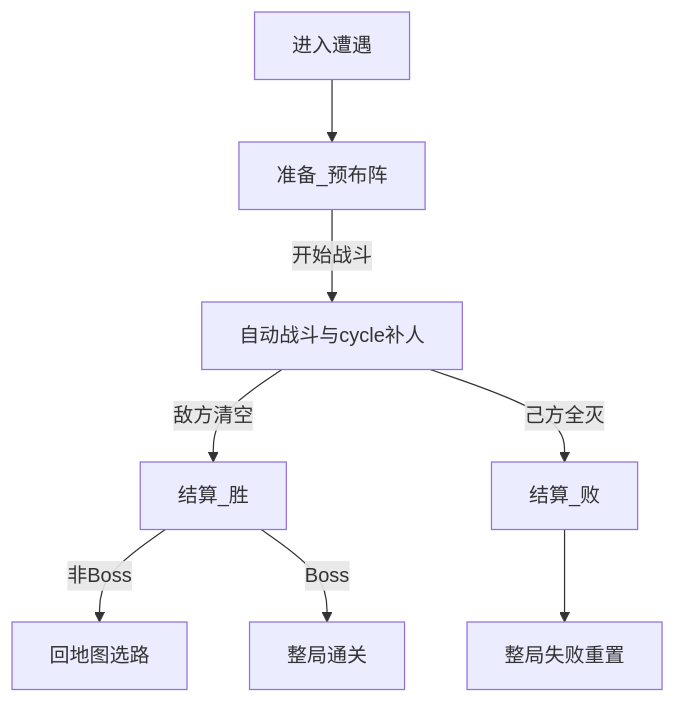
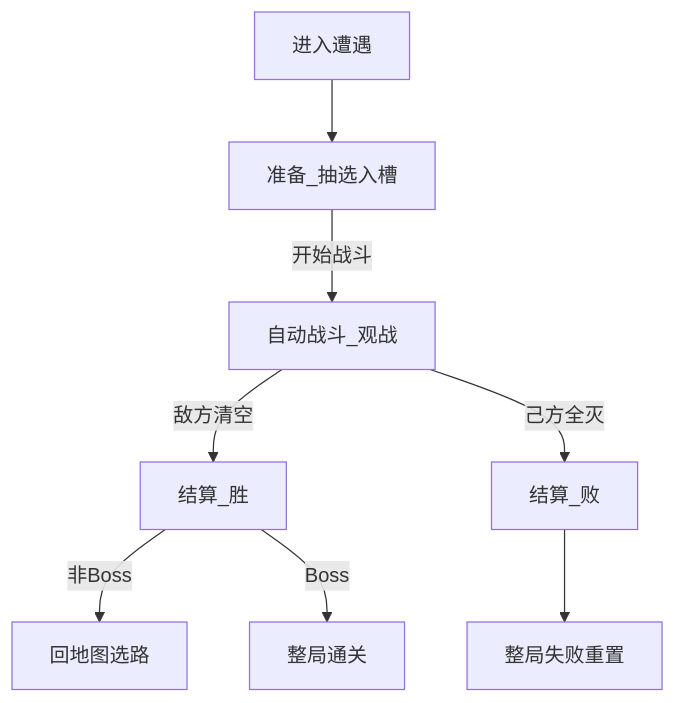
Before and after one commit to Kanerickyz/Godot-Project---Clash-royale-like-Game: the diagram in Documents/Features/COMBAT.md, drawn with Mermaid. The commit also changed other lines of this file and 15 other files, not shown here.

````diff
--- a/Documents/Features/COMBAT.md
+++ b/Documents/Features/COMBAT.md
@@ -87,10 +83,10 @@
 ```mermaid
 flowchart TD
-  Enter[进入遭遇] --> Prep[准备_预布阵]
-  Prep -->|开始战斗| Combat[自动战斗与cycle补人]
+  Enter[进入遭遇] --> Prep[准备_抽选入槽]
+  Prep -->|开始战斗| Combat[自动战斗_观战]
   Combat -->|敌方清空| WinResolve[结算_胜]
   Combat -->|己方全灭| LoseResolve[结算_败]
   WinResolve -->|非Boss| BackMap[回地图选路]
   WinResolve -->|Boss| RunWin[整局通关]
   LoseResolve --> RunLose[整局失败重置]
 ```
````
